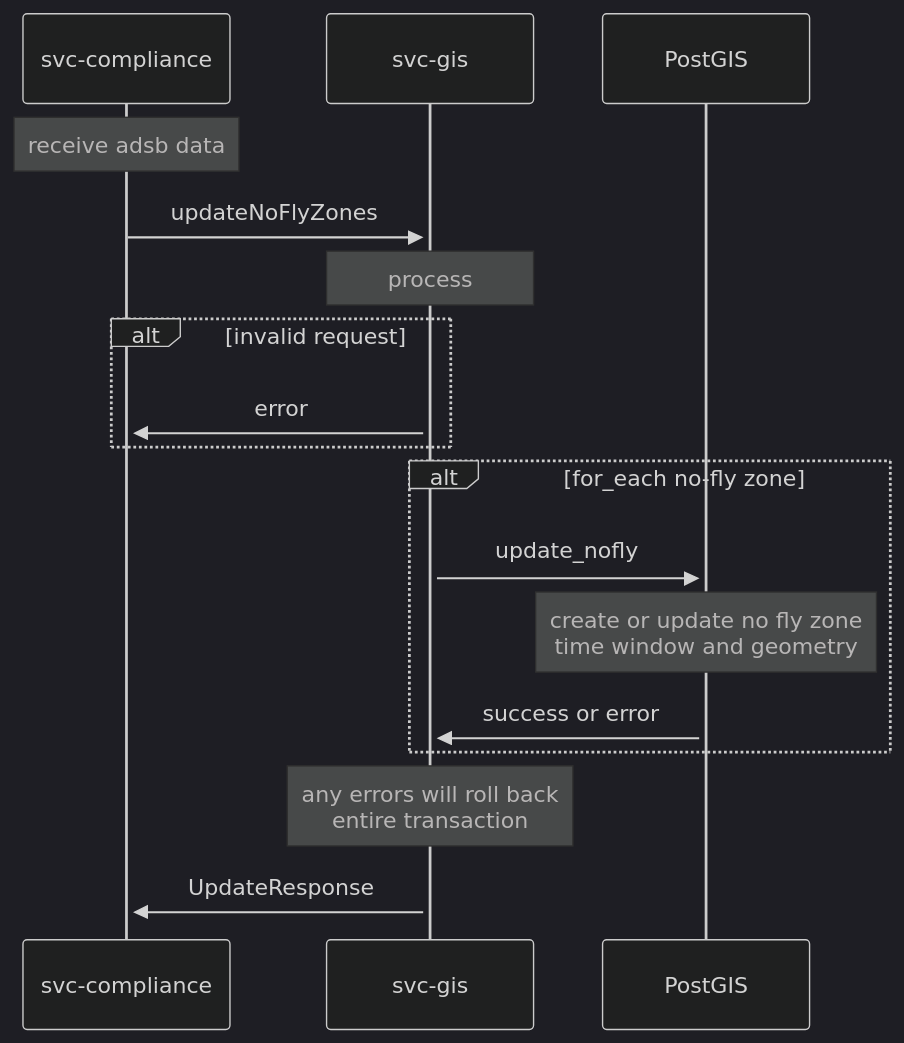
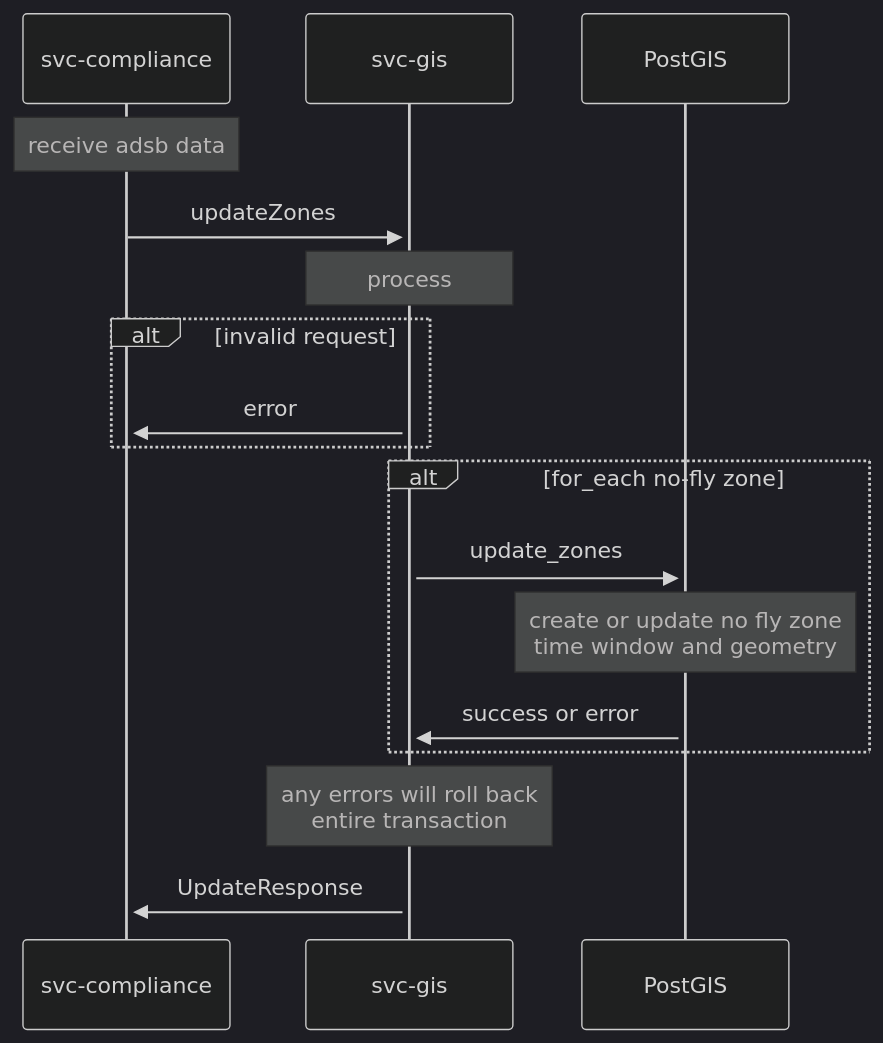
Before and after one commit to aetheric-oss/svc-gis: the third of 6 diagrams in docs/sdd.md, drawn with Mermaid (dark theme). The commit also changed other lines of this file and 24 other files, not shown here.

````diff
--- a/docs/sdd.md
+++ b/docs/sdd.md
@@ -112,24 +112,24 @@
 ```mermaid
 sequenceDiagram
     participant client as svc-compliance
     participant gis as svc-gis
     participant postgis as PostGIS
 
     note over client: receive adsb data
-    client->>+gis: updateNoFlyZones
+    client->>+gis: updateZones
     note over gis: process
     alt invalid request
     gis->>+client: error
     end
     
     alt for_each no-fly zone
-    gis->>+postgis: update_nofly
+    gis->>+postgis: update_zones
     note over postgis: create or update no fly zone<br>time window and geometry
     
     postgis->>+gis: success or error
     end
 
     note over gis: any errors will roll back<br>entire transaction
 
     gis->>client: UpdateResponse
 ```
````
